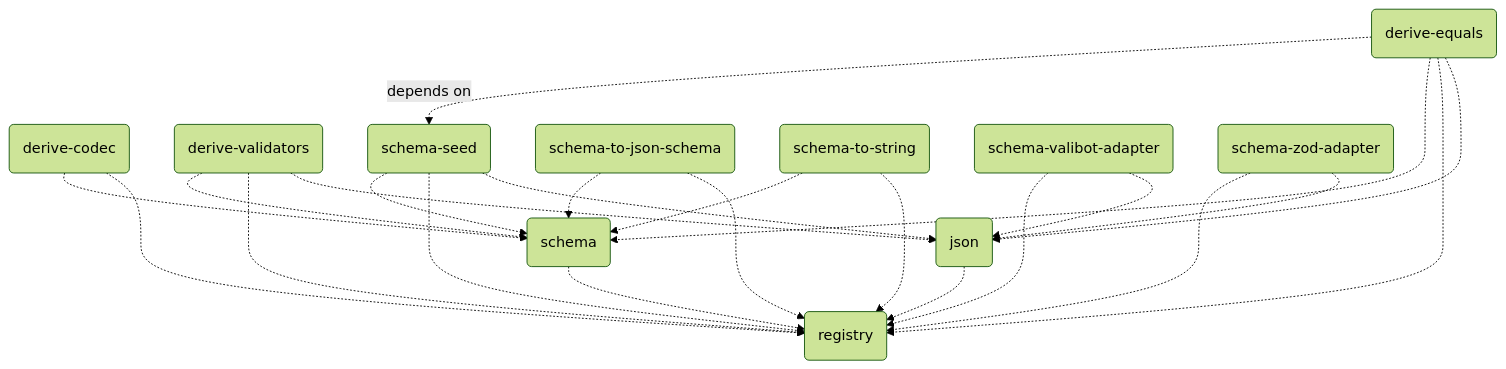
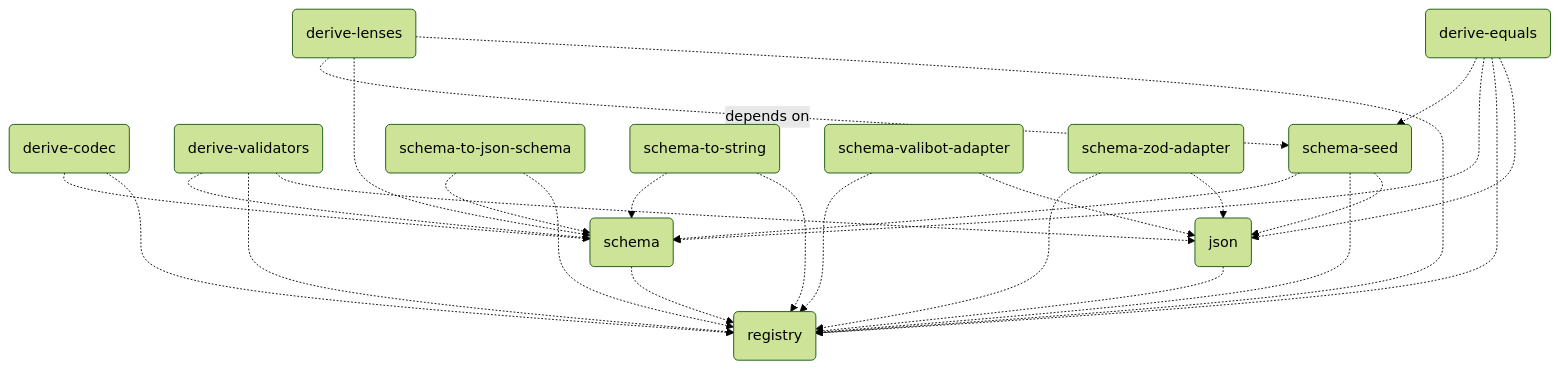
Before and after one commit to traversable/schema: the diagram in README.md, drawn with Mermaid (forest theme). The commit also changed 17 other files, not shown here.

Commit message:
init(lenses): initialize `@traversable/derive-lenses` package

````diff
--- a/README.md
+++ b/README.md
@@ -378,26 +378,29 @@
 ```mermaid
 flowchart TD
     registry(registry)
     json(json) -.-> registry(registry)
     schema(schema) -.-> registry(registry)
     derive-codec(derive-codec) -.-> registry(registry)
     derive-codec(derive-codec) -.-> schema(schema)
     derive-validators(derive-validators) -.-> json(json)
     derive-validators(derive-validators) -.-> registry(registry)
     derive-validators(derive-validators) -.-> schema(schema)
     schema-seed(schema-seed) -.-> json(json)
     schema-seed(schema-seed) -.-> registry(registry)
     schema-seed(schema-seed) -.-> schema(schema)
     schema-to-json-schema(schema-to-json-schema) -.-> registry(registry)
     schema-to-json-schema(schema-to-json-schema) -.-> schema(schema)
     schema-to-string(schema-to-string) -.-> registry(registry)
     schema-to-string(schema-to-string) -.-> schema(schema)
     schema-valibot-adapter(schema-valibot-adapter) -.-> json(json)
     schema-valibot-adapter(schema-valibot-adapter) -.-> registry(registry)
     schema-zod-adapter(schema-zod-adapter) -.-> json(json)
     schema-zod-adapter(schema-zod-adapter) -.-> registry(registry)
     derive-equals(derive-equals) -.-> json(json)
     derive-equals(derive-equals) -.-> registry(registry)
     derive-equals(derive-equals) -.-> schema(schema)
-    derive-equals(derive-equals) -.depends on.-> schema-seed(schema-seed)
+    derive-equals(derive-equals) -.-> schema-seed(schema-seed)
+    derive-lenses(derive-lenses) -.-> registry(registry)
+    derive-lenses(derive-lenses) -.-> schema(schema)
+    derive-lenses(derive-lenses) -.depends on.-> schema-seed(schema-seed)
 ```
````
